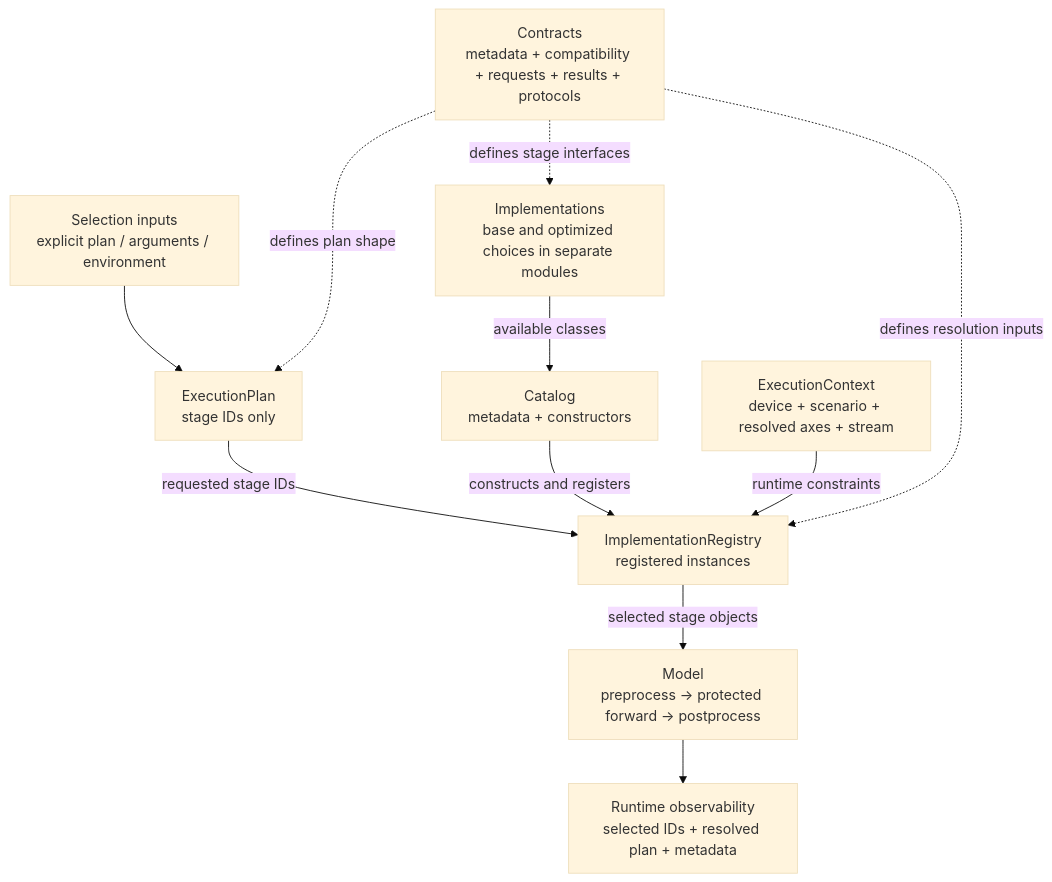
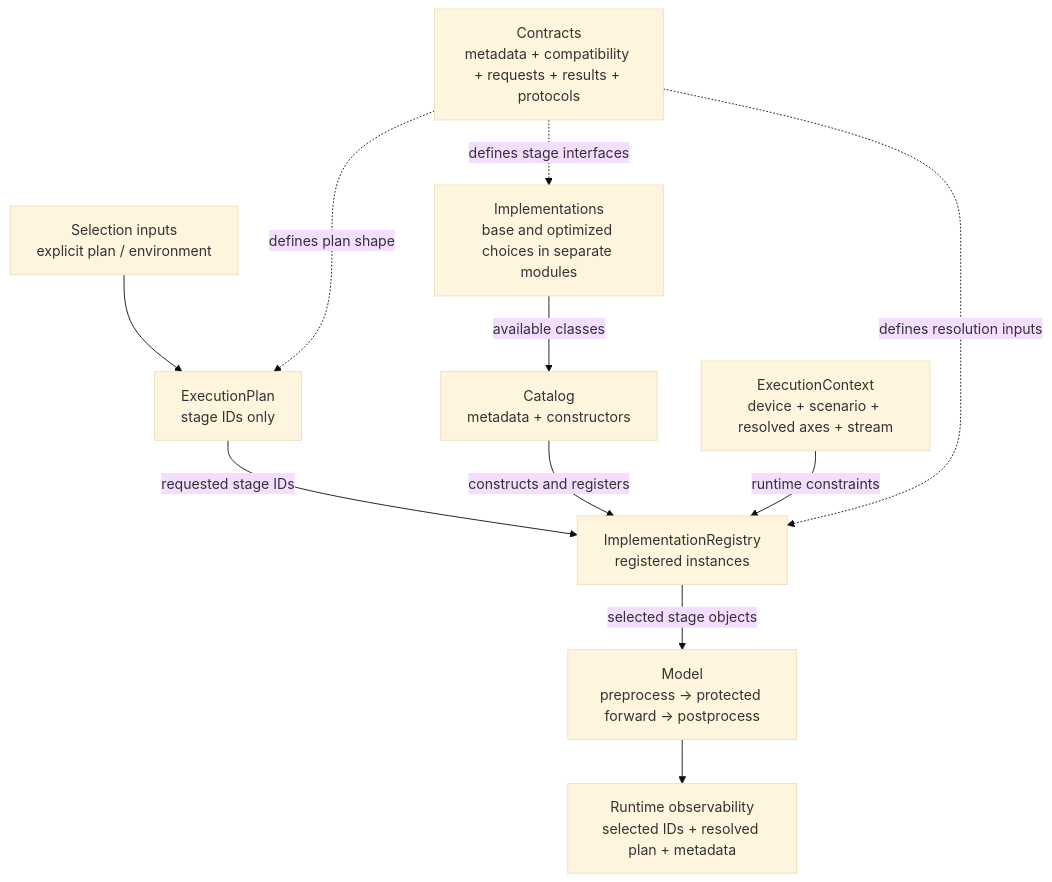
The first of 3 diagrams in inference_models/docs/contributors/inference-path-optimization-architecture.md (roboflow/inference), drawn with Mermaid (base theme) before and after one commit. The commit also changed other lines of this file and 25 other files, not shown here.

First line of the commit message:
Refactor RF-DETR optimization architecture with reusable components

````diff
--- a/inference_models/docs/contributors/inference-path-optimization-architecture.md
+++ b/inference_models/docs/contributors/inference-path-optimization-architecture.md
@@ -15,24 +15,24 @@
 ```mermaid
 flowchart TD
-    selection["Selection inputs<br/>explicit plan / arguments / environment"]
+    selection["Selection inputs<br/>explicit plan / environment"]
     plan["ExecutionPlan<br/>stage IDs only"]
     catalog["Catalog<br/>metadata + constructors"]
     registry["ImplementationRegistry<br/>registered instances"]
     context["ExecutionContext<br/>device + scenario + resolved axes + stream"]
     contracts["Contracts<br/>metadata + compatibility + requests + results + protocols"]
     implementations["Implementations<br/>base and optimized choices in separate modules"]
     model["Model<br/>preprocess → protected forward → postprocess"]
     observable["Runtime observability<br/>selected IDs + resolved plan + metadata"]
 
     selection --> plan
     plan -->|requested stage IDs| registry
     implementations -->|available classes| catalog
     catalog -->|constructs and registers| registry
     context -->|runtime constraints| registry
     registry -->|selected stage objects| model
     model --> observable
 
     contracts -.->|defines plan shape| plan
     contracts -.->|defines resolution inputs| registry
     contracts -.->|defines stage interfaces| implementations
 ```
````
